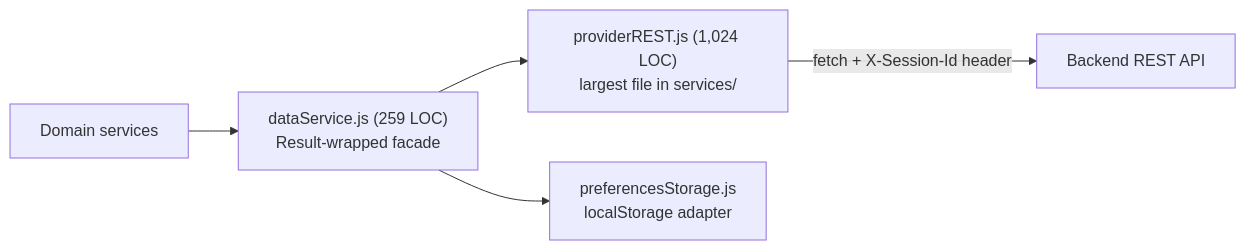
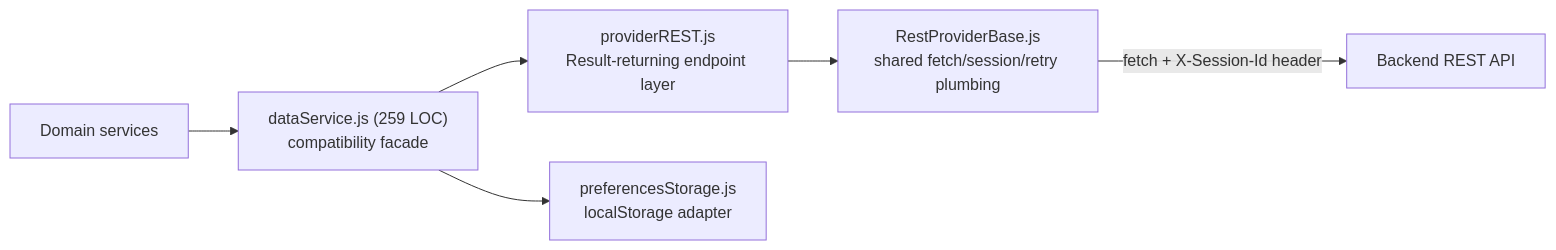
The fourth of 5 diagrams in docs/ARCHITECTURE_v2.md (kpoppel/PlannerTool), drawn with Mermaid before and after one commit. The commit also changed other lines of this file and 39 other files, not shown here.

````diff
--- a/docs/ARCHITECTURE_v2.md
+++ b/docs/ARCHITECTURE_v2.md
@@ -513,7 +513,8 @@
 ```mermaid
 flowchart LR
-    SVC[Domain services] --> DS["dataService.js (259 LOC)<br/>Result-wrapped facade"]
-    DS --> REST["providerREST.js (1,024 LOC)<br/>largest file in services/"]
-    REST -->|fetch + X-Session-Id header| API[Backend REST API]
+  SVC[Domain services] --> DS["dataService.js (259 LOC)<br/>compatibility facade"]
+  DS --> REST["providerREST.js<br/>Result-returning endpoint layer"]
+  REST --> BASE["RestProviderBase.js<br/>shared fetch/session/retry plumbing"]
+  BASE -->|fetch + X-Session-Id header| API[Backend REST API]
     DS --> PREF["preferencesStorage.js<br/>localStorage adapter"]
 ```
````
